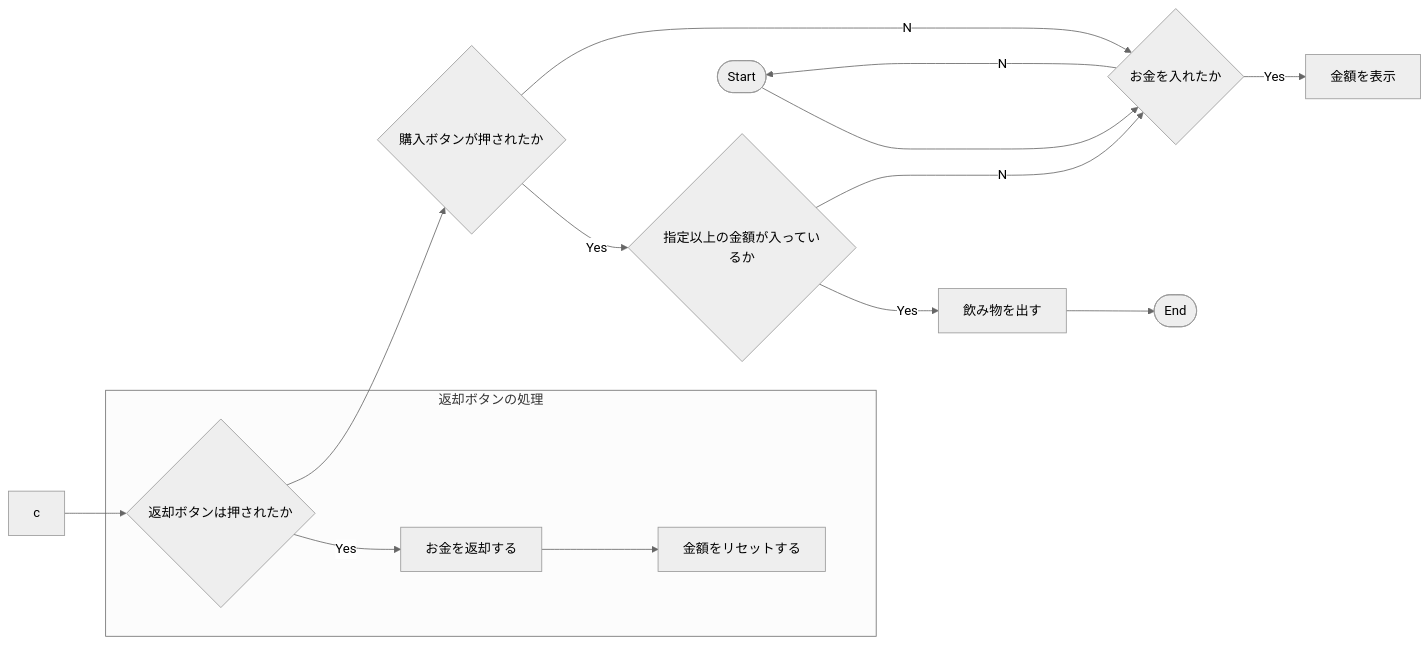
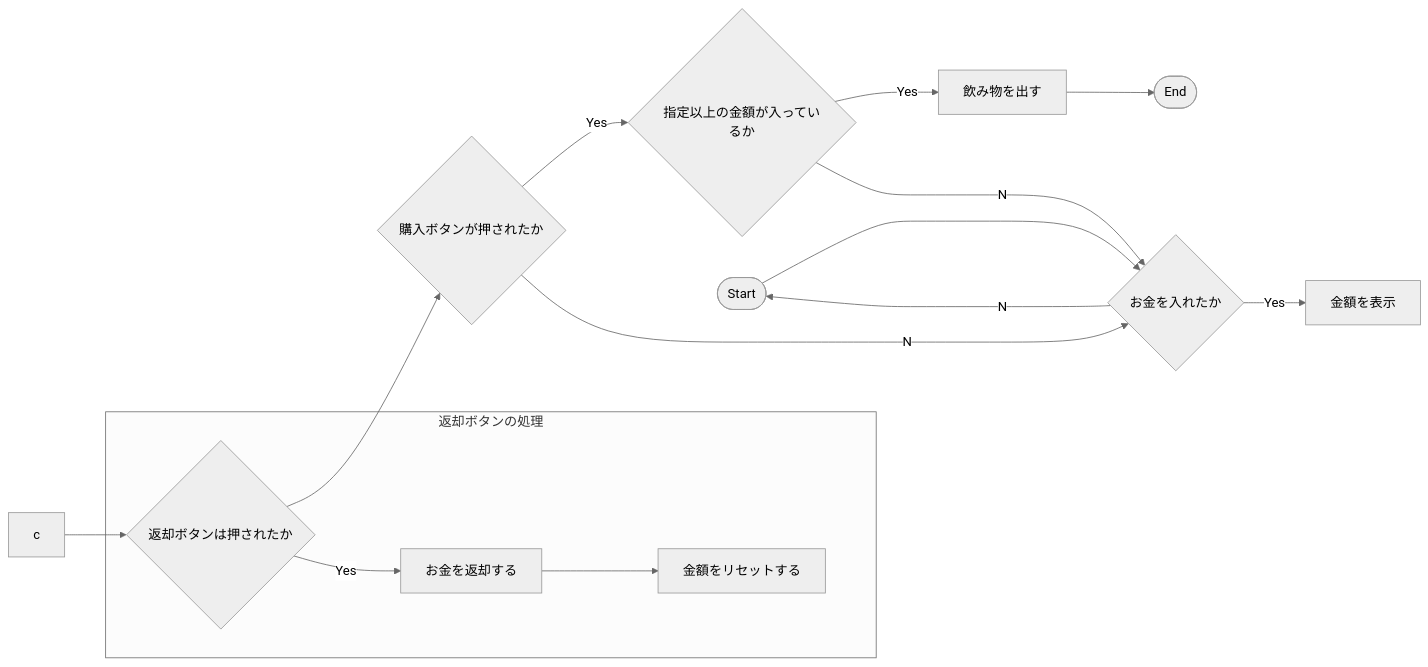
The diagram in README.md (tpu-game-2022/mermaid_test), drawn with Mermaid (neutral theme) before and after one commit.

Commit message:
フローチャートを変更した

````diff
--- a/README.md
+++ b/README.md
@@ -20,17 +20,18 @@
 ```mermaid
 flowchart LR
   A([Start])-->B{お金を入れたか}
   B--Yes-->C[金額を表示]
   c-->D1
-  subgraph 返却ボタンの処理
-    D1{返却ボタンは押されたか}--Yes-->D2[お金を返却する]
-    D2-->D3[金額をリセットする]
-    end
   D1-->E{購入ボタンが押されたか}
   E{購入ボタンが押されたか}--Yes-->F{指定以上の金額が入っているか}
   F--Yes-->G[飲み物を出す]
   G-->H([End])
   B--No-->A
   E--No-->B
   F--No-->B
+    subgraph 返却ボタンの処理
+    D1{返却ボタンは押されたか}--Yes-->D2[お金を返却する]
+    D2-->D3[金額をリセットする]
+    end
+
 ```
````
